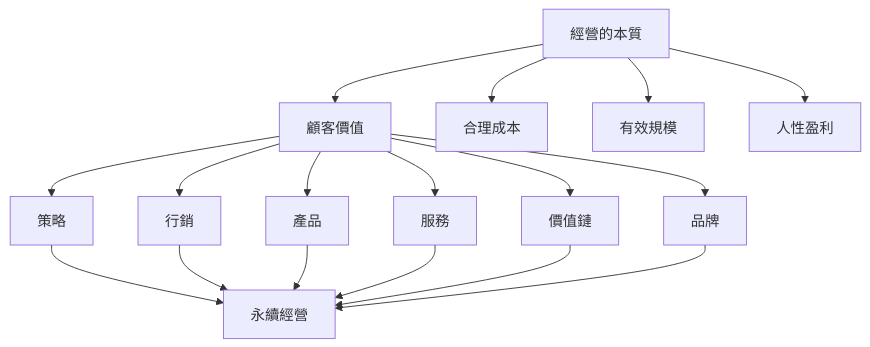
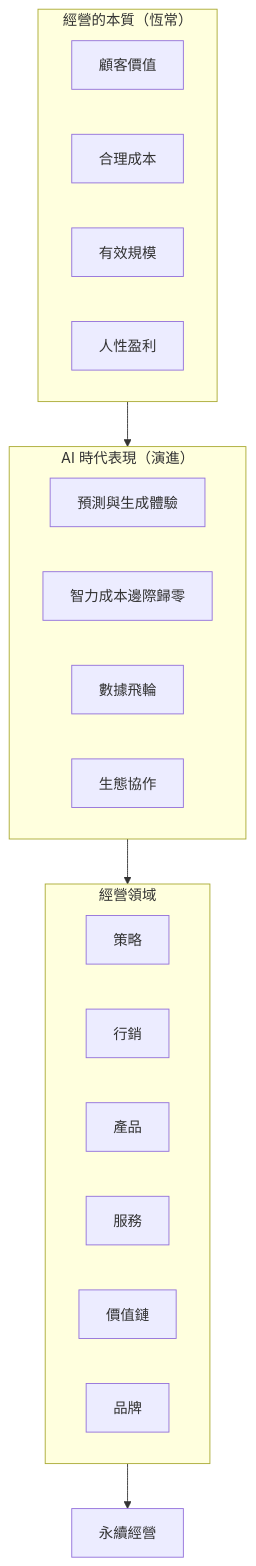
Before and after one commit to howjerry/Books: the diagram in essence-of-management/manuscript/chapters/08-epilogue.md, drawn with Mermaid. The commit also changed other lines of this file and 9 other files, not shown here.

````diff
--- a/essence-of-management/manuscript/chapters/08-epilogue.md
+++ b/essence-of-management/manuscript/chapters/08-epilogue.md
@@ -40,21 +85,29 @@
 ```mermaid
 graph TB
-    A[經營的本質] --> B[顧客價值]
-    A --> C[合理成本]
-    A --> D[有效規模]
-    A --> E[人性盈利]
+    subgraph 恆常["經營的本質（恆常）"]
+        E1[顧客價值]
+        E2[合理成本]
+        E3[有效規模]
+        E4[人性盈利]
+    end
 
-    B --> F[策略]
-    B --> G[行銷]
-    B --> H[產品]
-    B --> I[服務]
-    B --> J[價值鏈]
-    B --> K[品牌]
+    subgraph 演進["AI 時代表現（演進）"]
+        A1[預測與生成體驗]
+        A2[智力成本邊際歸零]
+        A3[數據飛輪]
+        A4[生態協作]
+    end
 
-    F --> L[永續經營]
-    G --> L
-    H --> L
-    I --> L
-    J --> L
-    K --> L
+    subgraph 領域["經營領域"]
+        D1[策略]
+        D2[行銷]
+        D3[產品]
+        D4[服務]
+        D5[價值鏈]
+        D6[品牌]
+    end
+
+    恆常 --> 演進
+    演進 --> 領域
+    領域 --> V[永續經營]
 ```
````
